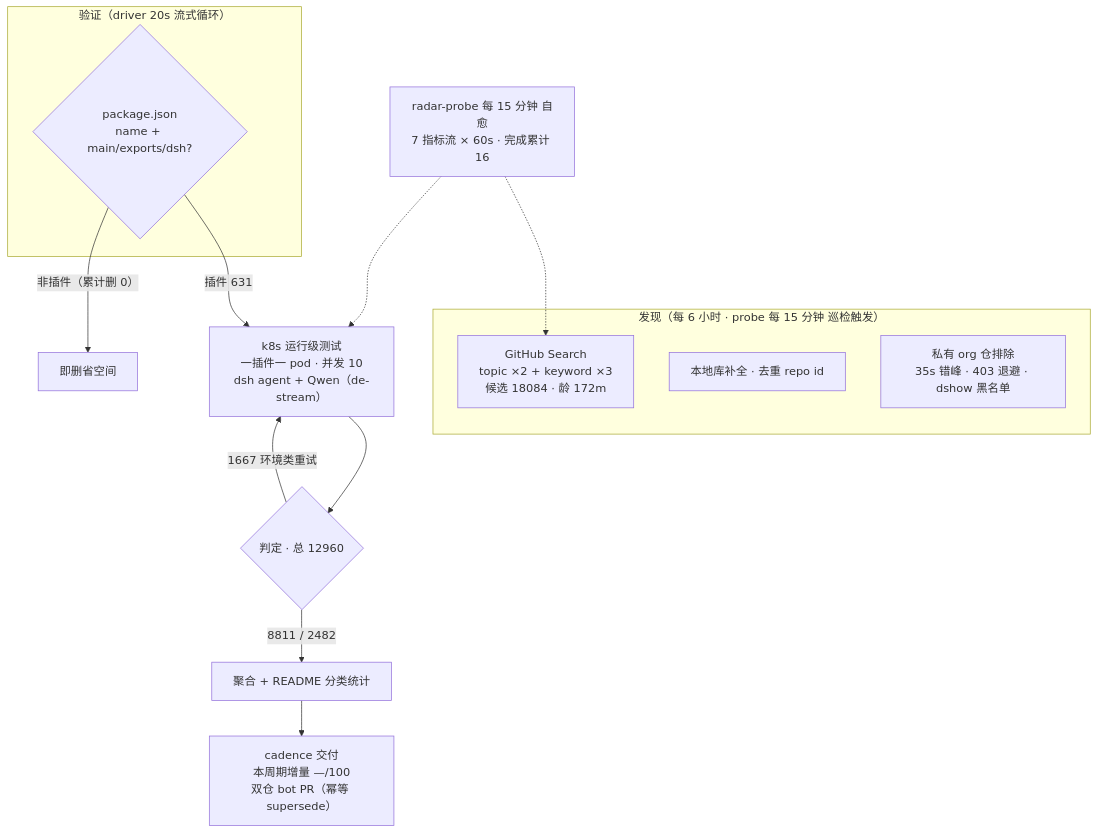
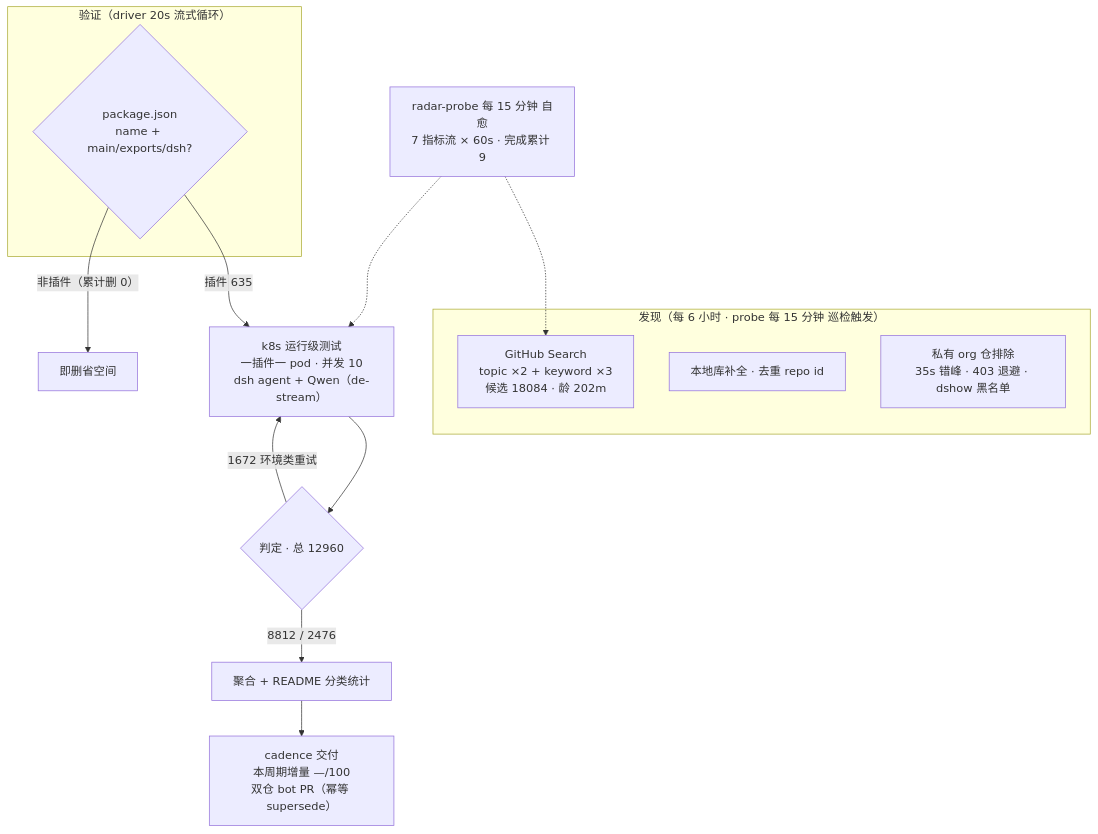
Before and after one commit to AdamPlatin123/awesome-dsh-plugins: the diagram in README.md, drawn with Mermaid. The commit also changed other lines of this file and 5 other files, not shown here.

````diff
--- a/README.md
+++ b/README.md
@@ -52,20 +52,20 @@
 ```mermaid
 flowchart TB
     subgraph Discovery["发现（每 6 小时 · probe 每 15 分钟 巡检触发）"]
-        A1["GitHub Search<br/>topic ×2 + keyword ×3<br/>候选 18084 · 龄 172m"]
+        A1["GitHub Search<br/>topic ×2 + keyword ×3<br/>候选 18084 · 龄 202m"]
         A2["本地库补全 · 去重 repo id"]
         A3["私有 org 仓排除<br/>35s 错峰 · 403 退避 · dshow 黑名单"]
     end
     subgraph Validation["验证（driver 20s 流式循环）"]
         B1{"package.json<br/>name + main/exports/dsh?"}
     end
-    B1 -->|"插件 631"| C1["k8s 运行级测试<br/>一插件一 pod · 并发 10<br/>dsh agent + Qwen（de-stream）"]
+    B1 -->|"插件 635"| C1["k8s 运行级测试<br/>一插件一 pod · 并发 10<br/>dsh agent + Qwen（de-stream）"]
     B1 -->|"非插件（累计删 0）"| B3["即删省空间"]
     C1 --> D1{"判定 · 总 12960"}
-    D1 -->|"8811 / 2482"| E1["聚合 + README 分类统计"]
-    D1 -->|"1667 环境类重试"| C1
+    D1 -->|"8812 / 2476"| E1["聚合 + README 分类统计"]
+    D1 -->|"1672 环境类重试"| C1
     E1 --> E2["cadence 交付<br/>本周期增量 —/100<br/>双仓 bot PR（幂等 supersede）"]
-    M["radar-probe 每 15 分钟 自愈<br/>7 指标流 × 60s · 完成累计 16"]
+    M["radar-probe 每 15 分钟 自愈<br/>7 指标流 × 60s · 完成累计 9"]
     M -.-> A1
     M -.-> C1
 ```
````
